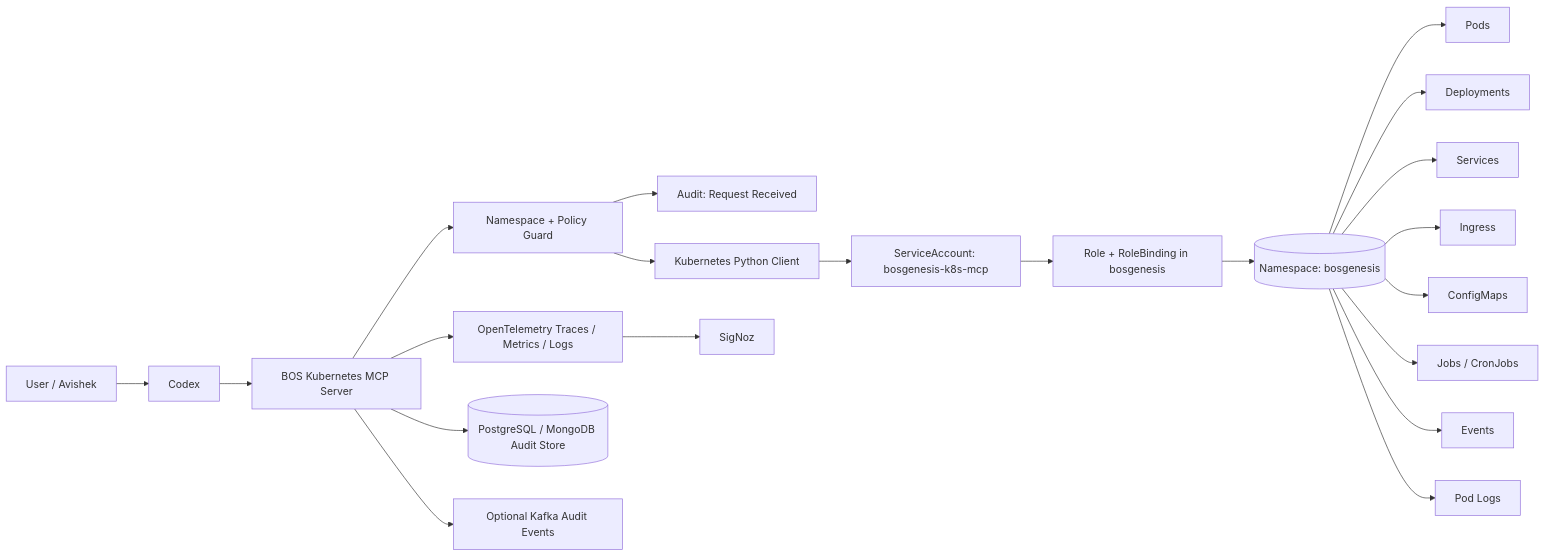
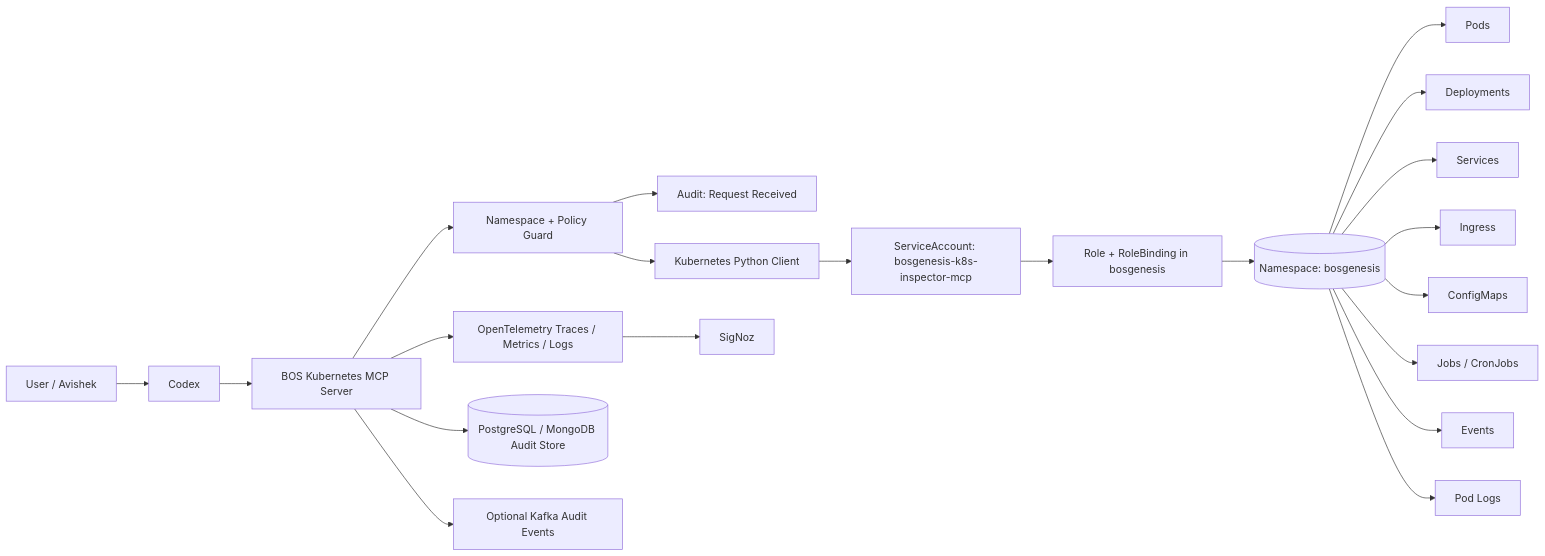
Before and after one commit to aveeshek/bosgenesis-k8s-inspector-mcp: the first of 7 diagrams in knowledge-base/DESIGN.md, drawn with Mermaid. The commit also changed other lines of this file and 13 other files, not shown here.

````diff
--- a/knowledge-base/DESIGN.md
+++ b/knowledge-base/DESIGN.md
@@ -63,27 +64,27 @@
 ```mermaid
 flowchart LR
     User[User / Avishek] --> Codex[Codex]
     Codex --> MCP[BOS Kubernetes MCP Server]
 
     MCP --> Guard[Namespace + Policy Guard]
     Guard --> AuditStart[Audit: Request Received]
     Guard --> K8sClient[Kubernetes Python Client]
 
-    K8sClient --> SA[ServiceAccount: bosgenesis-k8s-mcp]
+    K8sClient --> SA[ServiceAccount: bosgenesis-k8s-inspector-mcp]
     SA --> RBAC[Role + RoleBinding in bosgenesis]
     RBAC --> NS[(Namespace: bosgenesis)]
 
     NS --> Pods[Pods]
     NS --> Deploy[Deployments]
     NS --> Svc[Services]
     NS --> Ing[Ingress]
     NS --> CM[ConfigMaps]
     NS --> Jobs[Jobs / CronJobs]
     NS --> Events[Events]
     NS --> Logs[Pod Logs]
 
     MCP --> OTel[OpenTelemetry Traces / Metrics / Logs]
     OTel --> SigNoz[SigNoz]
     MCP --> AuditStore[(PostgreSQL / MongoDB Audit Store)]
     MCP --> Kafka[Optional Kafka Audit Events]
 ```
````
